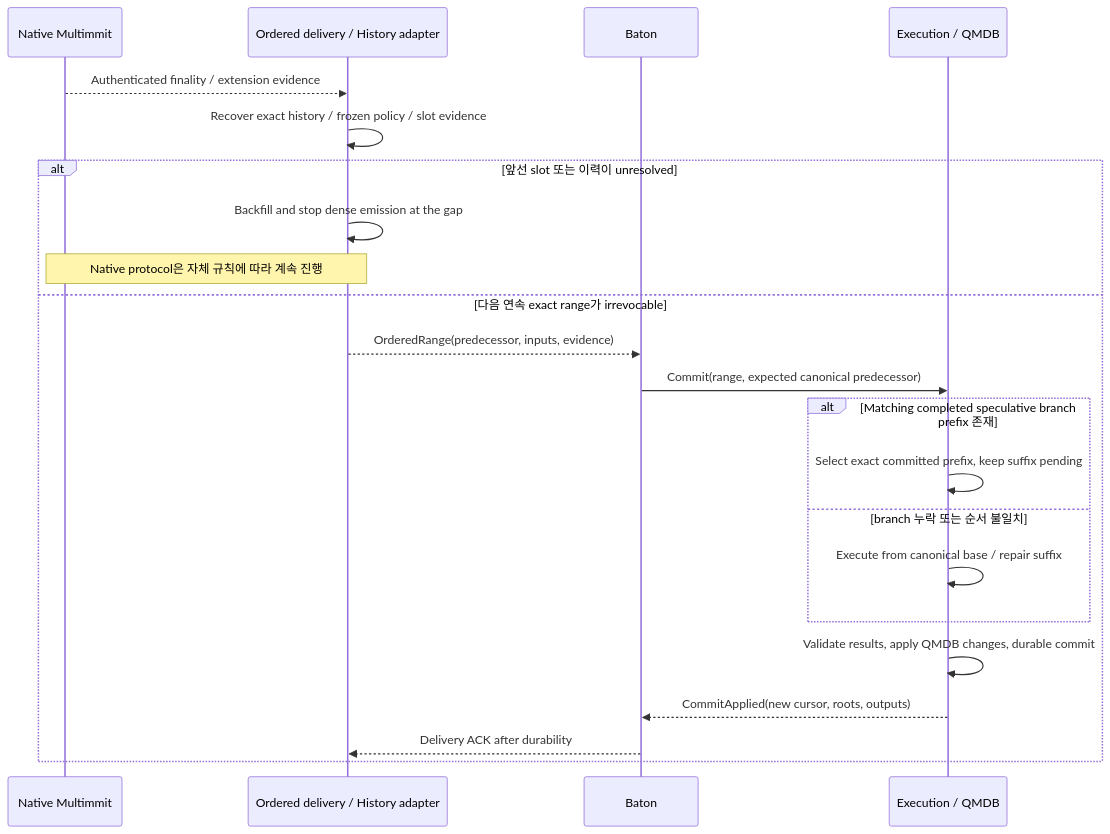
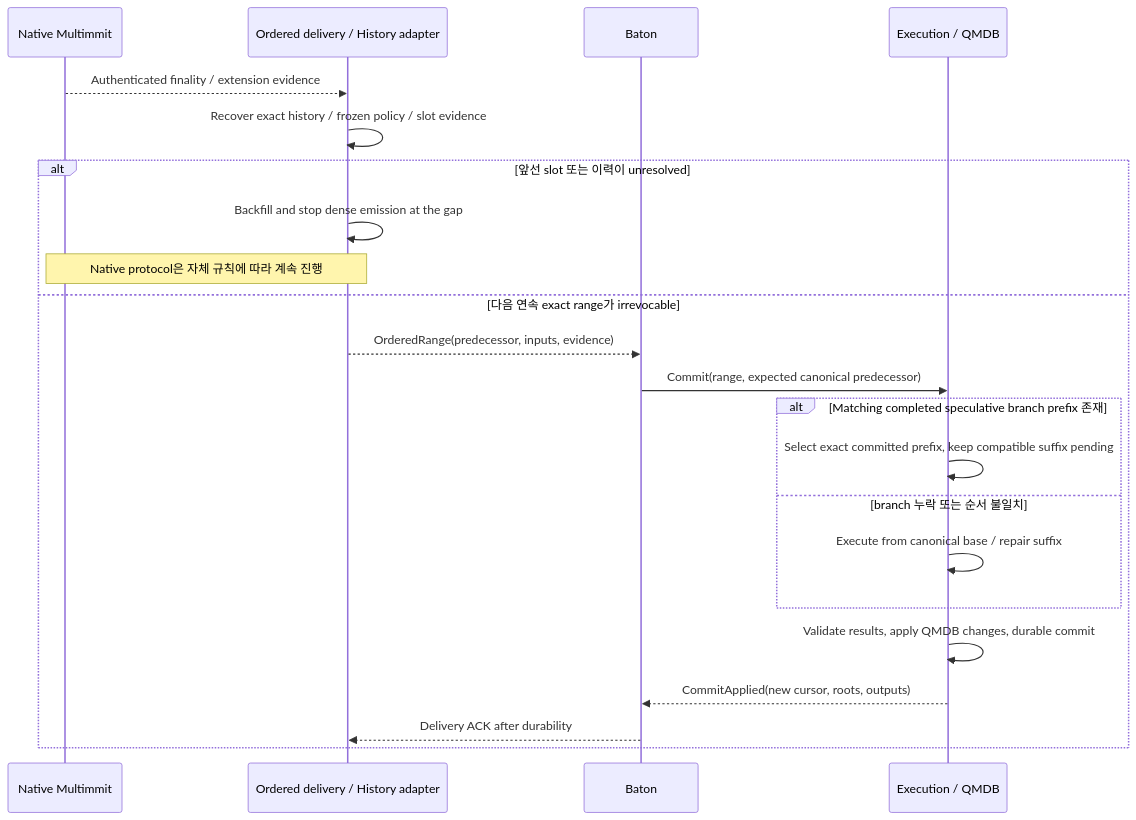
One commit to djm07073/baton-research changed the eighth of 17 diagrams in IMPLEMENTATION_SPEC.md. Above: the diagram before and after it, drawn with Mermaid. The commit also changed other lines of this file and 7 other files, not shown here.

````diff
--- a/IMPLEMENTATION_SPEC.md
+++ b/IMPLEMENTATION_SPEC.md
@@ -397,24 +397,24 @@
 ```mermaid
 sequenceDiagram
     participant N as Native Multimmit
     participant M as Ordered delivery / History adapter
     participant B as Baton
     participant E as Execution / QMDB
     N-->>M: Authenticated finality / extension evidence
     M->>M: Recover exact history / frozen policy / slot evidence
     alt 앞선 slot 또는 이력이 unresolved
         M->>M: Backfill and stop dense emission at the gap
         Note over N,M: Native protocol은 자체 규칙에 따라 계속 진행
     else 다음 연속 exact range가 irrevocable
         M-->>B: OrderedRange(predecessor, inputs, evidence)
         B->>E: Commit(range, expected canonical predecessor)
         alt Matching completed speculative branch prefix 존재
-            E->>E: Select exact committed prefix, keep suffix pending
+            E->>E: Select exact committed prefix, keep compatible suffix pending
         else branch 누락 또는 순서 불일치
             E->>E: Execute from canonical base / repair suffix
         end
         E->>E: Validate results, apply QMDB changes, durable commit
         E-->>B: CommitApplied(new cursor, roots, outputs)
         B-->>M: Delivery ACK after durability
     end
 ```
````
